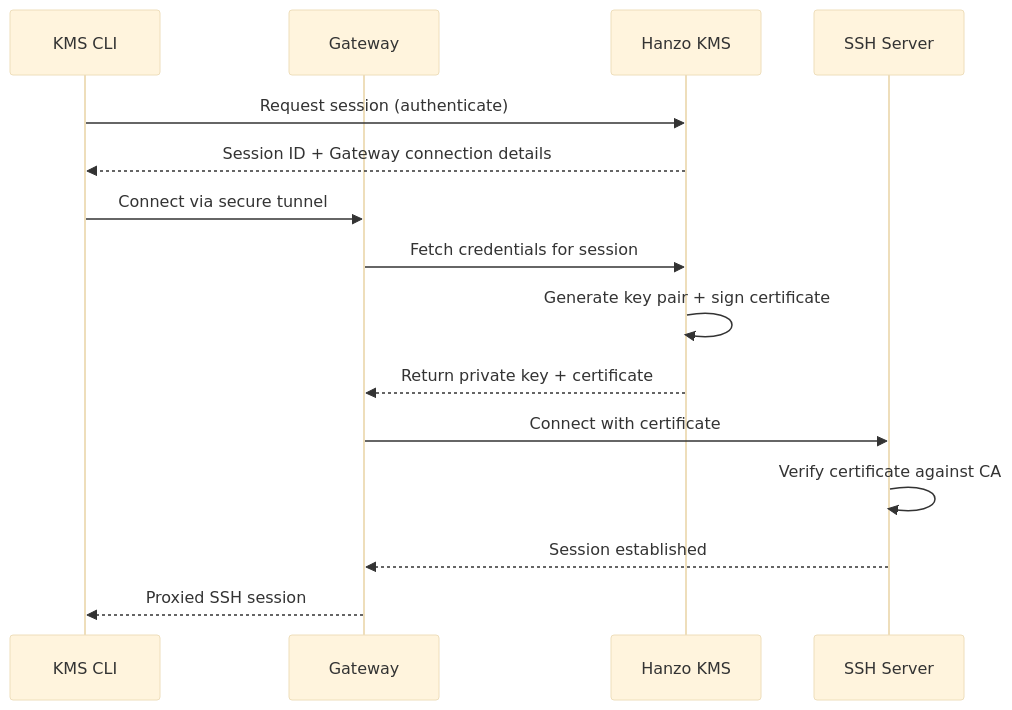
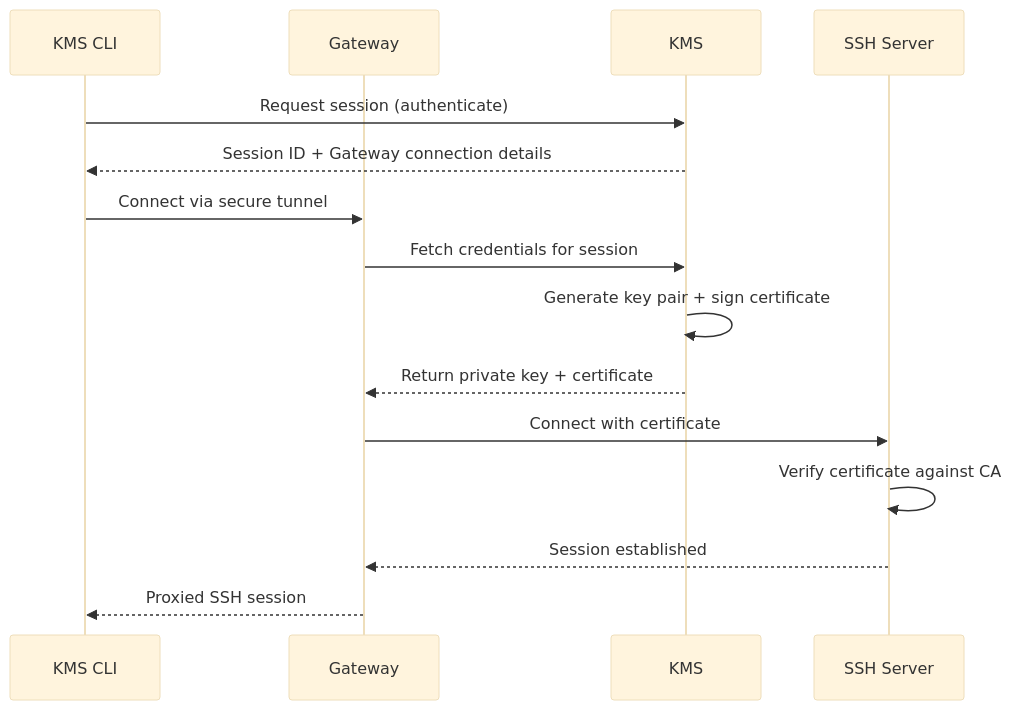
One commit to hanzoai/kms changed the second of 2 diagrams in docs/documentation/platform/pam/getting-started/resources/ssh.mdx. Above: the diagram before and after it, drawn with Mermaid (base theme). The commit also changed other lines of this file and 855 other files, not shown here.

````diff
--- a/docs/documentation/platform/pam/getting-started/resources/ssh.mdx
+++ b/docs/documentation/platform/pam/getting-started/resources/ssh.mdx
@@ -50,18 +50,18 @@
 ```mermaid
 sequenceDiagram
     participant CLI as KMS CLI
     participant Gateway
-    participant Hanzo KMS
+    participant KMS
     participant SSH as SSH Server
 
-    CLI->>Hanzo KMS: Request session (authenticate)
-    Hanzo KMS-->>CLI: Session ID + Gateway connection details
+    CLI->>KMS: Request session (authenticate)
+    KMS-->>CLI: Session ID + Gateway connection details
     CLI->>Gateway: Connect via secure tunnel
-    Gateway->>Hanzo KMS: Fetch credentials for session
-    Hanzo KMS->>Hanzo KMS: Generate key pair + sign certificate
-    Hanzo KMS-->>Gateway: Return private key + certificate
+    Gateway->>KMS: Fetch credentials for session
+    KMS->>KMS: Generate key pair + sign certificate
+    KMS-->>Gateway: Return private key + certificate
     Gateway->>SSH: Connect with certificate
     SSH->>SSH: Verify certificate against CA
     SSH-->>Gateway: Session established
     Gateway-->>CLI: Proxied SSH session
 ```
````
